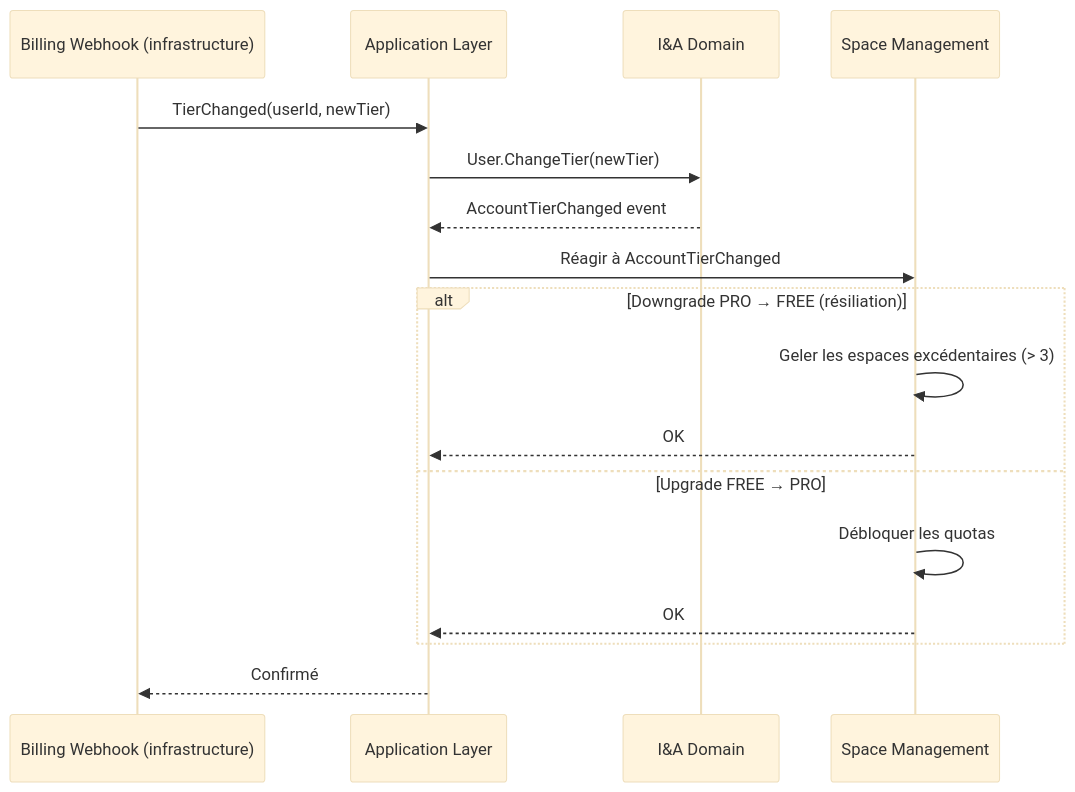
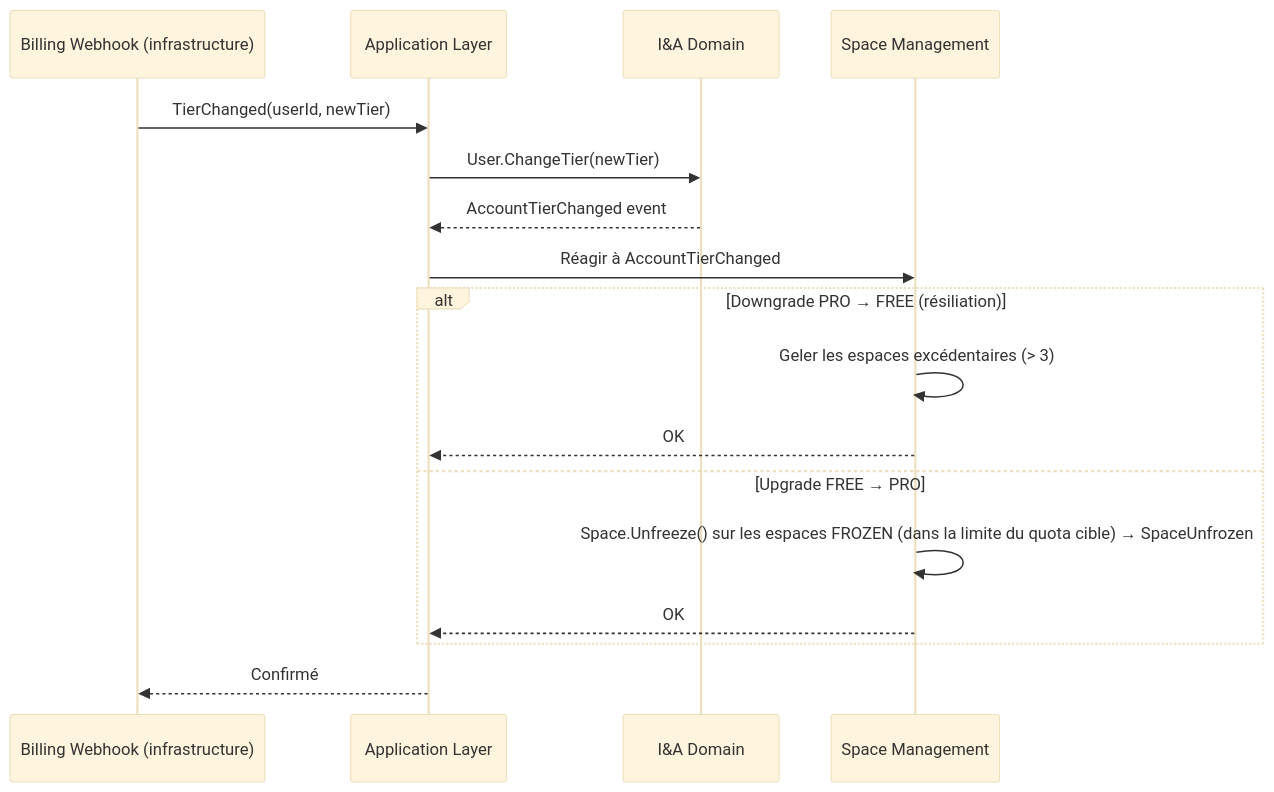
The fifth of 6 diagrams in docs/domaine/identity-access/flows.md (2025-10-CDA-ECO-P6/PM-micro-saas), drawn with Mermaid (base theme) before and after one commit. The commit also changed other lines of this file, not shown here.

First line of the commit message:
docs(domaine): complète les flux 1, 4 et 5 d'Identity & Access

````diff
--- a/docs/domaine/identity-access/flows.md
+++ b/docs/domaine/identity-access/flows.md
@@ -93,20 +107,20 @@
 ```mermaid
 sequenceDiagram
     participant Billing as Billing Webhook (infrastructure)
     participant App as Application Layer
     participant IA as I&A Domain
     participant SM as Space Management
 
     Billing->>App: TierChanged(userId, newTier)
     App->>IA: User.ChangeTier(newTier)
     IA-->>App: AccountTierChanged event
     App->>SM: Réagir à AccountTierChanged
     alt Downgrade PRO → FREE (résiliation)
         SM->>SM: Geler les espaces excédentaires (> 3)
         SM-->>App: OK
     else Upgrade FREE → PRO
-        SM->>SM: Débloquer les quotas
+        SM->>SM: Space.Unfreeze() sur les espaces FROZEN (dans la limite du quota cible) → SpaceUnfrozen
         SM-->>App: OK
     end
     App-->>Billing: Confirmé
 ```
````
